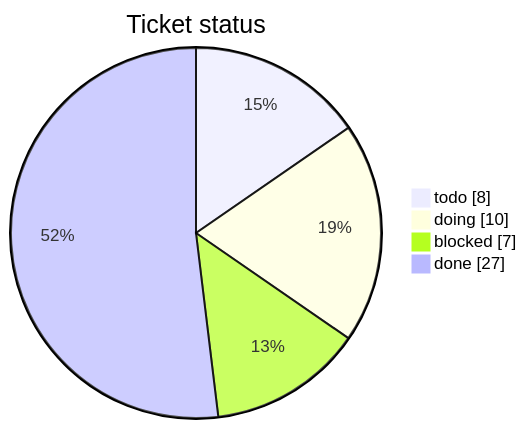
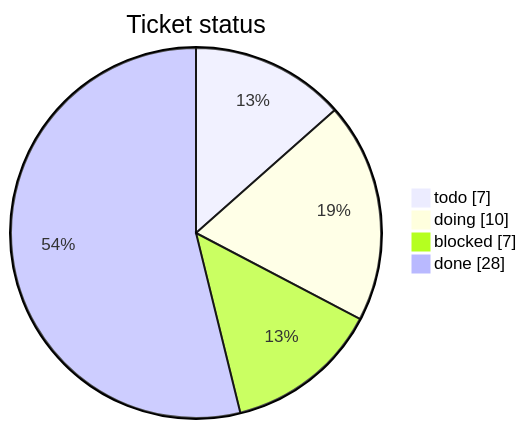
One commit to mohamed-soubhi/bootlab-esp changed the first of 3 diagrams in tickets/TICKETS.md. Above: the diagram before and after it, drawn with Mermaid. The commit also changed other lines of this file and 8 other files, not shown here.

````diff
--- a/tickets/TICKETS.md
+++ b/tickets/TICKETS.md
@@ -14,7 +14,7 @@
 ```mermaid
 pie showData title Ticket status
-    "todo" : 8
+    "todo" : 7
     "doing" : 10
     "blocked" : 7
-    "done" : 27
+    "done" : 28
 ```
````
